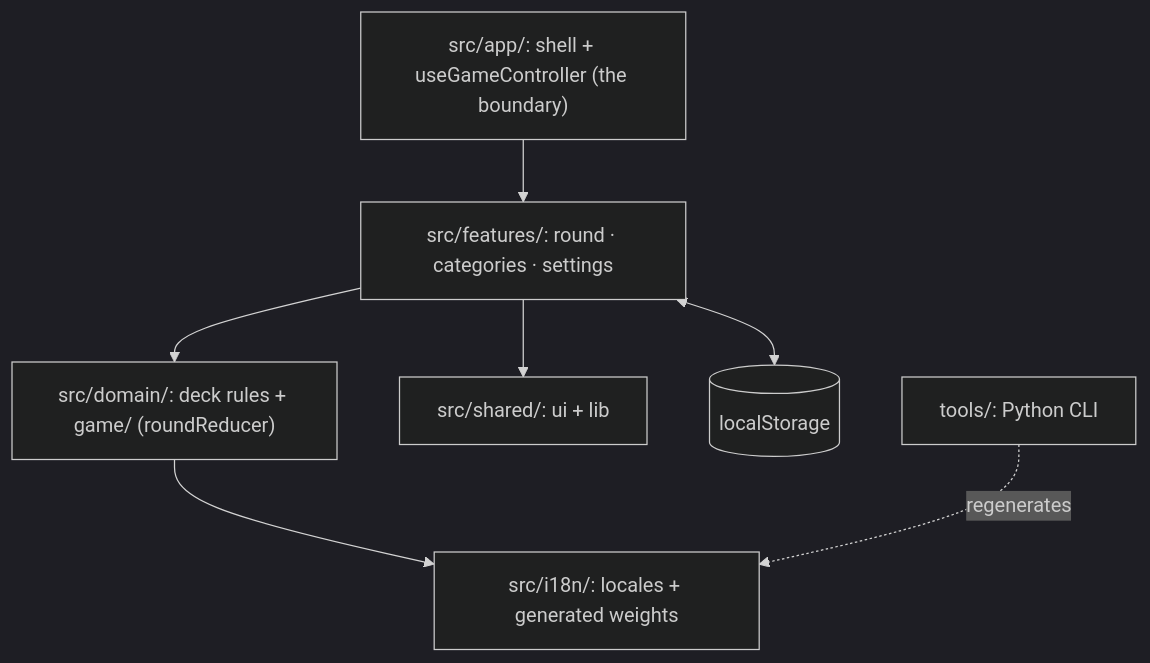
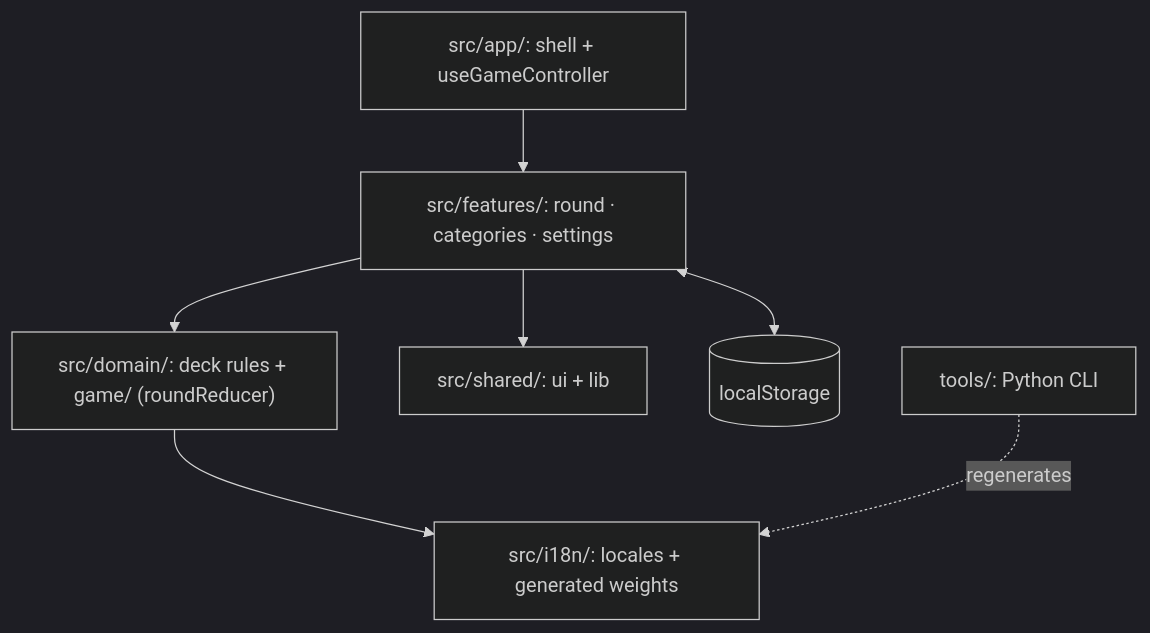
One commit to simonvanlierde/scattergories changed the first of 2 diagrams in docs/architecture.md. Above: the diagram before and after it, drawn with Mermaid (dark theme). The commit also changed other lines of this file and 10 other files, not shown here.

````diff
--- a/docs/architecture.md
+++ b/docs/architecture.md
@@ -11,17 +11,17 @@
 ```mermaid
 flowchart TD
-    App["src/app/: shell + useGameController (the boundary)"]
+    App["src/app/: shell + useGameController"]
     Features["src/features/: round · categories · settings"]
     Domain["src/domain/: deck rules + game/ (roundReducer)"]
     Shared["src/shared/: ui + lib"]
     I18n["src/i18n/: locales + generated weights"]
     Storage[("localStorage")]
     Tools["tools/: Python CLI"]
 
     App --> Features
     Features --> Domain
     Features --> Shared
     Domain --> I18n
     Features <--> Storage
     Tools -. regenerates .-> I18n
 ```
````
